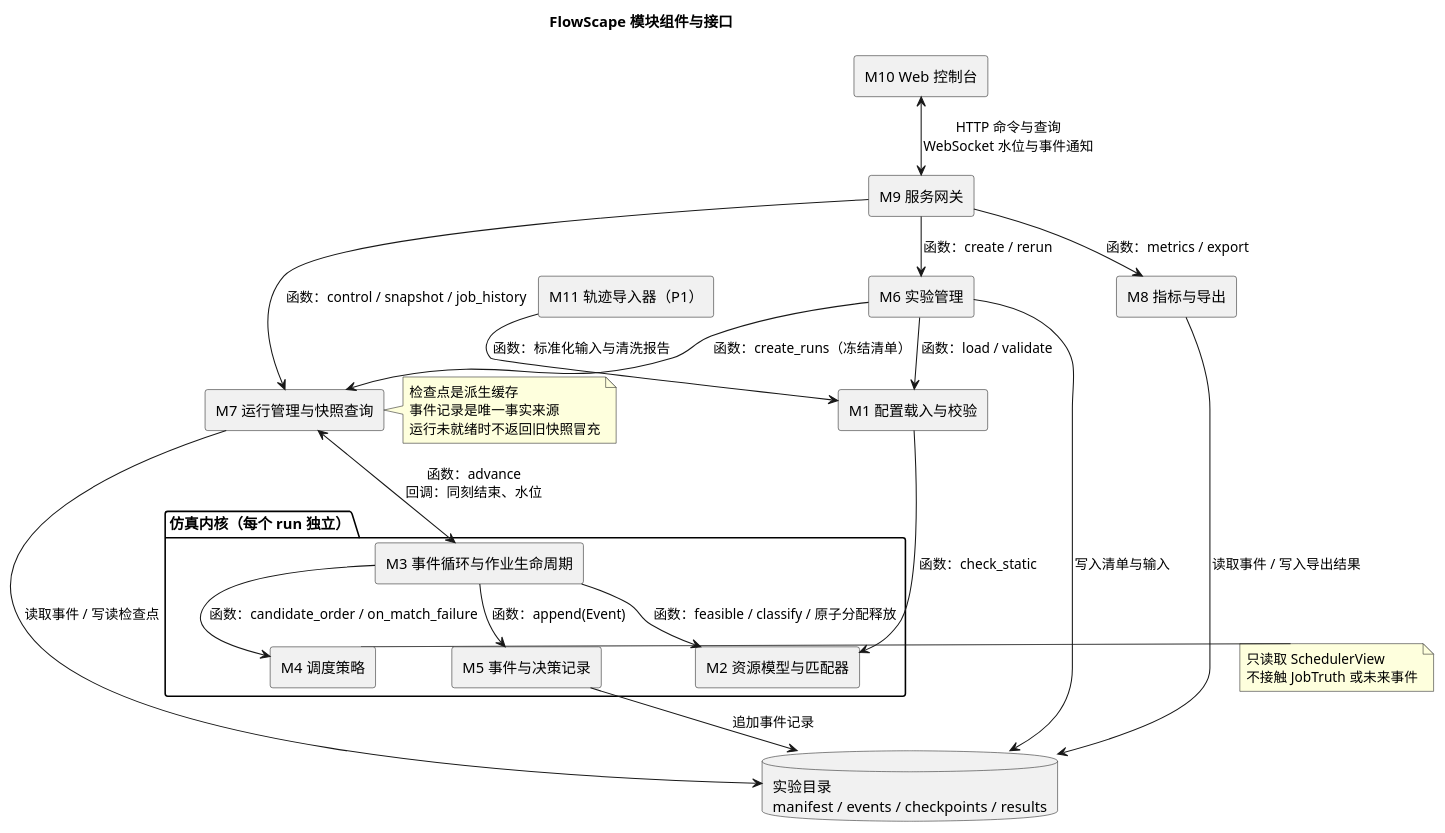
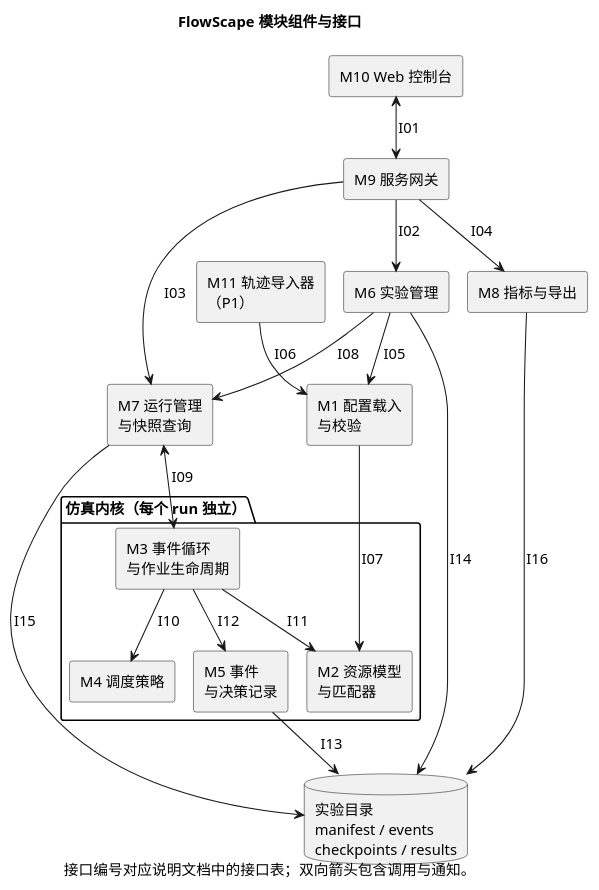
Before and after one commit to Sugaria0427/FlowScape: the diagram in 概要设计/diagrams/system-components.puml, drawn with PlantUML. The commit also changed 2 other files, not shown here.

Commit message:
docs(design): 修复组件图接口文字重叠并补充编号说明

```diff
--- a/概要设计/diagrams/system-components.puml
+++ b/概要设计/diagrams/system-components.puml
@@ -1,45 +1,40 @@
 @startuml
 !pragma layout smetana
 title FlowScape 模块组件与接口
 skinparam componentStyle rectangle
+skinparam nodesep 70
+skinparam ranksep 80
+skinparam defaultFontSize 14
 top to bottom direction
 component "M10 Web 控制台" as M10
 component "M9 服务网关" as M9
 component "M6 实验管理" as M6
-component "M7 运行管理与快照查询" as M7
+component "M7 运行管理\n与快照查询" as M7
 component "M8 指标与导出" as M8
-component "M1 配置载入与校验" as M1
-component "M11 轨迹导入器（P1）" as M11
+component "M1 配置载入\n与校验" as M1
+component "M11 轨迹导入器\n（P1）" as M11
 package "仿真内核（每个 run 独立）" {
-component "M3 事件循环与作业生命周期" as M3
+component "M3 事件循环\n与作业生命周期" as M3
 component "M4 调度策略" as M4
-component "M2 资源模型与匹配器" as M2
-component "M5 事件与决策记录" as M5
+component "M2 资源模型\n与匹配器" as M2
+component "M5 事件\n与决策记录" as M5
 }
-database "实验目录\nmanifest / events / checkpoints / results" as Store
-M10 <--> M9 : HTTP 命令与查询\nWebSocket 水位与事件通知
-M9 --> M6 : 函数：create / rerun
-M9 --> M7 : 函数：control / snapshot / job_history
-M9 --> M8 : 函数：metrics / export
-M6 --> M1 : 函数：load / validate
-M11 --> M1 : 函数：标准化输入与清洗报告
-M1 --> M2 : 函数：check_static
-M6 --> M7 : 函数：create_runs（冻结清单）
-M7 <--> M3 : 函数：advance\n回调：同刻结束、水位
-M3 --> M4 : 函数：candidate_order / on_match_failure
-M3 --> M2 : 函数：feasible / classify / 原子分配释放
-M3 --> M5 : 函数：append(Event)
-M5 --> Store : 追加事件记录
-M6 --> Store : 写入清单与输入
-M7 --> Store : 读取事件 / 写读检查点
-M8 --> Store : 读取事件 / 写入导出结果
-note right of M4
-只读取 SchedulerView
-不接触 JobTruth 或未来事件
-end note
-note right of M7
-检查点是派生缓存
-事件记录是唯一事实来源
-运行未就绪时不返回旧快照冒充
-end note
+database "实验目录\nmanifest / events\ncheckpoints / results" as Store
+M10 <--> M9 : I01
+M9 --> M6 : I02
+M9 --> M7 : I03
+M9 --> M8 : I04
+M6 --> M1 : I05
+M11 --> M1 : I06
+M1 --> M2 : I07
+M6 --> M7 : I08
+M7 <--> M3 : I09
+M3 --> M4 : I10
+M3 --> M2 : I11
+M3 --> M5 : I12
+M5 --> Store : I13
+M6 --> Store : I14
+M7 --> Store : I15
+M8 --> Store : I16
+caption 接口编号对应说明文档中的接口表；双向箭头包含调用与通知。
 @enduml
```
